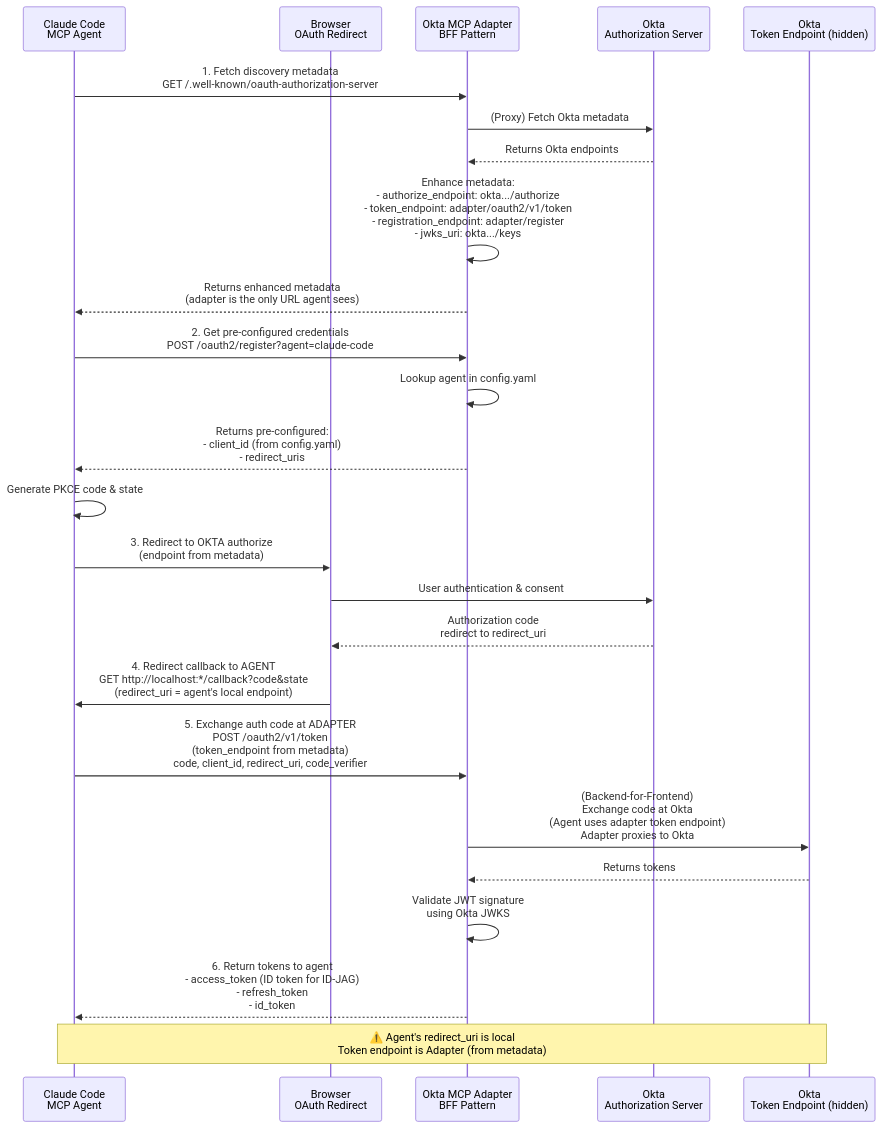
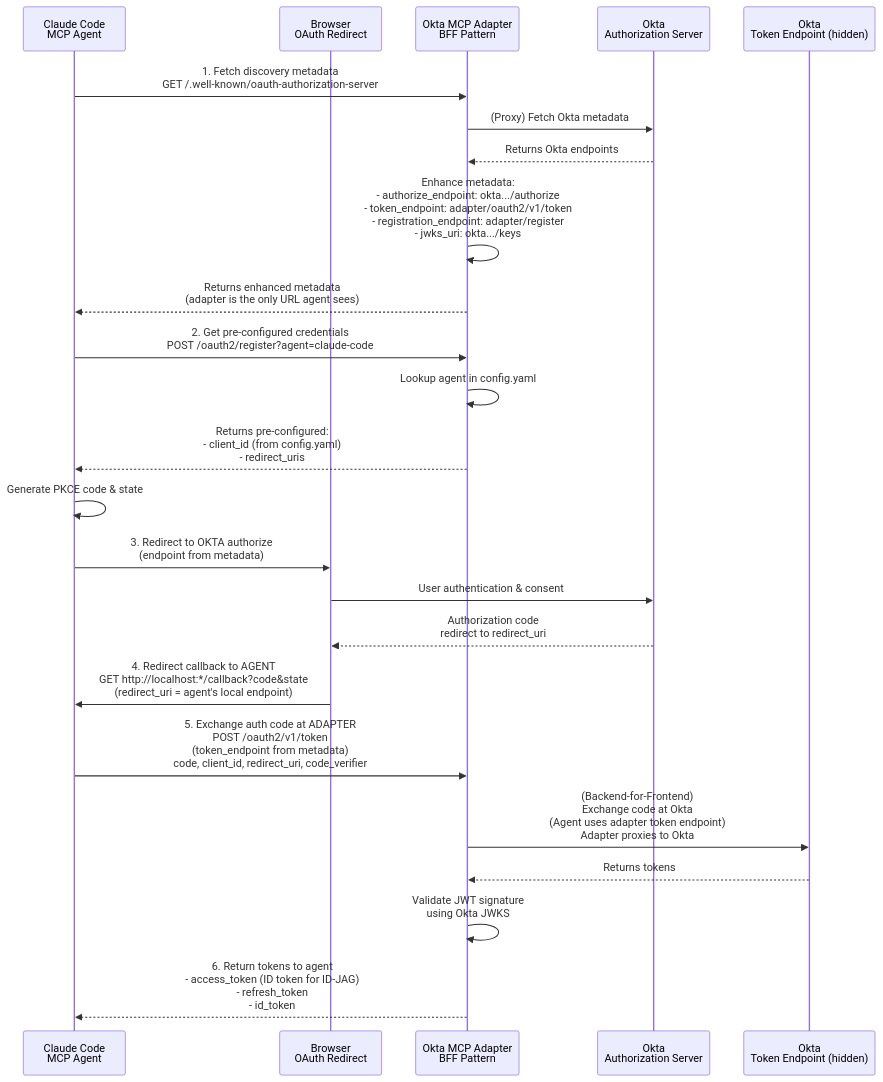
The third of 4 diagrams in docs/ARCHITECTURE_DIAGRAM.md (indranilokg/okta-agent-mcp-adapter), drawn with Mermaid before and after one commit.

Commit message:
Sequence Flow

````diff
--- a/docs/ARCHITECTURE_DIAGRAM.md
+++ b/docs/ARCHITECTURE_DIAGRAM.md
@@ -163,43 +163,41 @@
 ```mermaid
 sequenceDiagram
     participant Agent as Claude Code<br/>MCP Agent
     participant Browser as Browser<br/>OAuth Redirect
     participant Adapter as Okta MCP Adapter<br/>BFF Pattern
     participant OktaAuth as Okta<br/>Authorization Server
     participant OktaToken as Okta<br/>Token Endpoint (hidden)
 
     Agent->>Adapter: 1. Fetch discovery metadata<br/>GET /.well-known/oauth-authorization-server
     
     Adapter->>OktaAuth: (Proxy) Fetch Okta metadata
     OktaAuth-->>Adapter: Returns Okta endpoints
     
     Adapter->>Adapter: Enhance metadata:<br/>- authorize_endpoint: okta.../authorize<br/>- token_endpoint: adapter/oauth2/v1/token<br/>- registration_endpoint: adapter/register<br/>- jwks_uri: okta.../keys
     
     Adapter-->>Agent: Returns enhanced metadata<br/>(adapter is the only URL agent sees)
     
     Agent->>Adapter: 2. Get pre-configured credentials<br/>POST /oauth2/register?agent=claude-code
     
     Adapter->>Adapter: Lookup agent in config.yaml
     Adapter-->>Agent: Returns pre-configured:<br/>- client_id (from config.yaml)<br/>- redirect_uris
     
     Agent->>Agent: Generate PKCE code & state
     
     Agent->>Browser: 3. Redirect to OKTA authorize<br/>(endpoint from metadata)
     
     Browser->>OktaAuth: User authentication & consent
     OktaAuth-->>Browser: Authorization code<br/>redirect to redirect_uri
     
     Browser->>Agent: 4. Redirect callback to AGENT<br/>GET http://localhost:*/callback?code&state<br/>(redirect_uri = agent's local endpoint)
     
     Agent->>Adapter: 5. Exchange auth code at ADAPTER<br/>POST /oauth2/v1/token<br/>(token_endpoint from metadata)<br/>code, client_id, redirect_uri, code_verifier
     
     Adapter->>OktaToken: (Backend-for-Frontend)<br/>Exchange code at Okta<br/>(Agent uses adapter token endpoint)<br/>Adapter proxies to Okta
     
     OktaToken-->>Adapter: Returns tokens
     
     Adapter->>Adapter: Validate JWT signature<br/>using Okta JWKS
     
     Adapter-->>Agent: 6. Return tokens to agent<br/>- access_token (ID token for ID-JAG)<br/>- refresh_token<br/>- id_token
-    
-    Note over Agent,OktaToken: ⚠️ Agent's redirect_uri is local<br/>Token endpoint is Adapter (from metadata)
 ```
````
